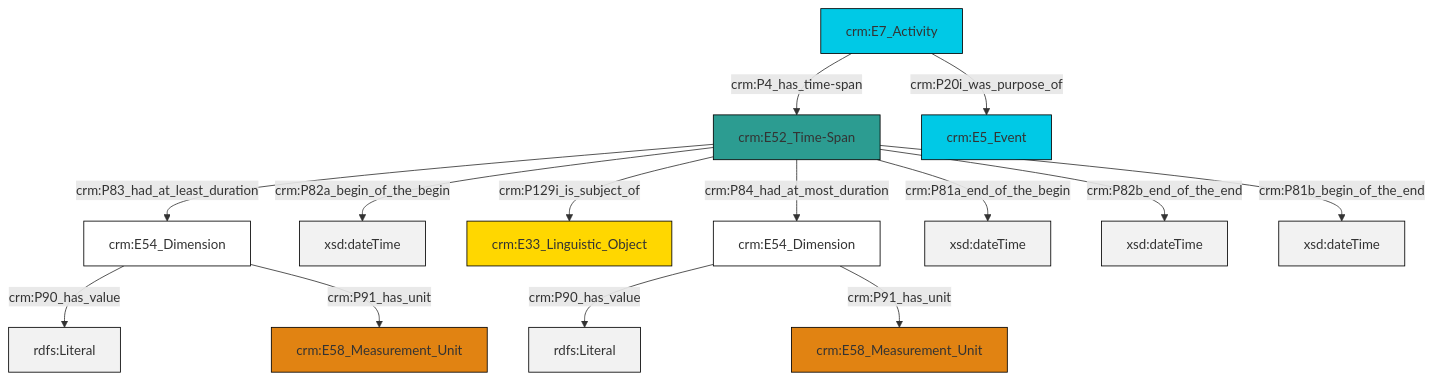
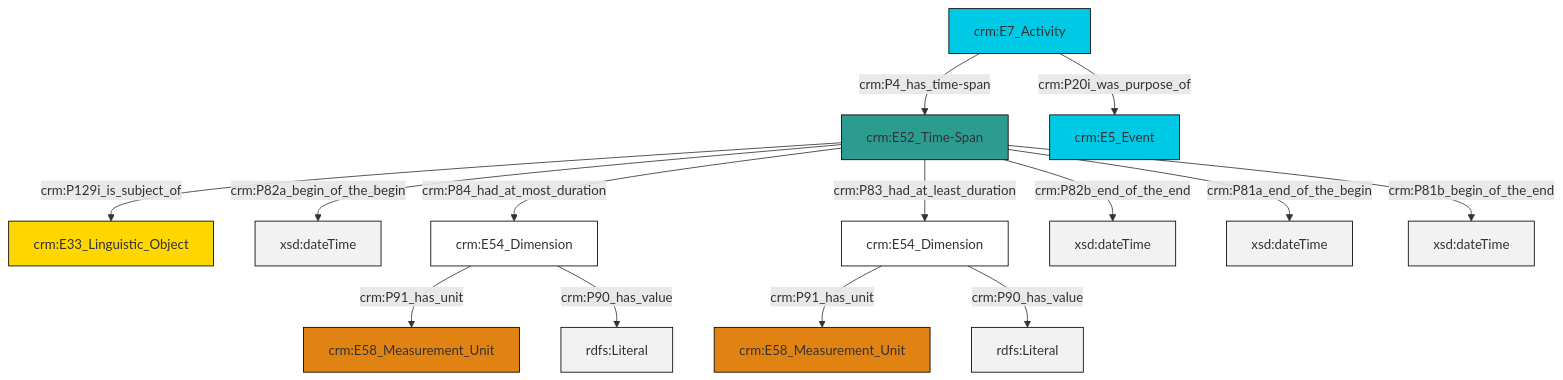
The diagram in et/eventCSV/ttl/mmd/event_existence.ttl.mmd (swiss-art-research-net/docs.swissartresearch), drawn with Mermaid before and after one commit. The commit also changed 179 other files, not shown here.

```diff
--- a/et/eventCSV/ttl/mmd/event_existence.ttl.mmd
+++ b/et/eventCSV/ttl/mmd/event_existence.ttl.mmd
@@ -1,28 +1,28 @@
 graph TD
 classDef Literal fill:#f2f2f2,stroke:#000000;
 classDef CRM_Entity fill:#FFFFFF,stroke:#000000;
 classDef Temporal_Entity fill:#00C9E6, stroke:#000000;
 classDef Type fill:#E18312, stroke:#000000;
 classDef Time-Span fill:#2C9C91, stroke:#000000;
 classDef Appellation fill:#FFEB7F, stroke:#000000;
 classDef Place fill:#008836, stroke:#000000;
 classDef Persistent_Item fill:#B266B2, stroke:#000000;
 classDef Conceptual_Object fill:#FFD700, stroke:#000000;
 classDef Physical_Thing fill:#D2B48C, stroke:#000000;
 classDef Actor fill:#f58aad, stroke:#000000;
 classDef PC_Classes fill:#4ce600, stroke:#000000;
 classDef Multi fill:#cccccc,stroke:#000000;
 
-0["crm:E54_Dimension"]:::CRM_Entity -->|crm:P90_has_value| 1[rdfs:Literal]:::Literal
 2["crm:E52_Time-Span"]:::Time-Span -->|crm:P82a_begin_of_the_begin| 3[xsd:dateTime]:::Literal
-2["crm:E52_Time-Span"]:::Time-Span -->|crm:P129i_is_subject_of| 4["crm:E33_Linguistic_Object"]:::Conceptual_Object
-2["crm:E52_Time-Span"]:::Time-Span -->|crm:P83_had_at_least_duration| 5["crm:E54_Dimension"]:::CRM_Entity
-5["crm:E54_Dimension"]:::CRM_Entity -->|crm:P90_has_value| 10[rdfs:Literal]:::Literal
-5["crm:E54_Dimension"]:::CRM_Entity -->|crm:P91_has_unit| 11["crm:E58_Measurement_Unit"]:::Type
-2["crm:E52_Time-Span"]:::Time-Span -->|crm:P81a_end_of_the_begin| 12[xsd:dateTime]:::Literal
-13["crm:E7_Activity"]:::Temporal_Entity -->|crm:P4_has_time-span| 2["crm:E52_Time-Span"]:::Time-Span
-2["crm:E52_Time-Span"]:::Time-Span -->|crm:P82b_end_of_the_end| 18[xsd:dateTime]:::Literal
-0["crm:E54_Dimension"]:::CRM_Entity -->|crm:P91_has_unit| 8["crm:E58_Measurement_Unit"]:::Type
-13["crm:E7_Activity"]:::Temporal_Entity -->|crm:P20i_was_purpose_of| 6["crm:E5_Event"]:::Temporal_Entity
-2["crm:E52_Time-Span"]:::Time-Span -->|crm:P84_had_at_most_duration| 0["crm:E54_Dimension"]:::CRM_Entity
-2["crm:E52_Time-Span"]:::Time-Span -->|crm:P81b_begin_of_the_end| 19[xsd:dateTime]:::Literal
+6["crm:E54_Dimension"]:::CRM_Entity -->|crm:P91_has_unit| 7["crm:E58_Measurement_Unit"]:::Type
+4["crm:E54_Dimension"]:::CRM_Entity -->|crm:P91_has_unit| 10["crm:E58_Measurement_Unit"]:::Type
+8["crm:E7_Activity"]:::Temporal_Entity -->|crm:P4_has_time-span| 2["crm:E52_Time-Span"]:::Time-Span
+2["crm:E52_Time-Span"]:::Time-Span -->|crm:P82b_end_of_the_end| 12[xsd:dateTime]:::Literal
+2["crm:E52_Time-Span"]:::Time-Span -->|crm:P81a_end_of_the_begin| 13[xsd:dateTime]:::Literal
+2["crm:E52_Time-Span"]:::Time-Span -->|crm:P81b_begin_of_the_end| 14[xsd:dateTime]:::Literal
+2["crm:E52_Time-Span"]:::Time-Span -->|crm:P84_had_at_most_duration| 4["crm:E54_Dimension"]:::CRM_Entity
+8["crm:E7_Activity"]:::Temporal_Entity -->|crm:P20i_was_purpose_of| 15["crm:E5_Event"]:::Temporal_Entity
+4["crm:E54_Dimension"]:::CRM_Entity -->|crm:P90_has_value| 18[rdfs:Literal]:::Literal
+2["crm:E52_Time-Span"]:::Time-Span -->|crm:P83_had_at_least_duration| 6["crm:E54_Dimension"]:::CRM_Entity
+6["crm:E54_Dimension"]:::CRM_Entity -->|crm:P90_has_value| 21[rdfs:Literal]:::Literal
+2["crm:E52_Time-Span"]:::Time-Span -->|crm:P129i_is_subject_of| 0["crm:E33_Linguistic_Object"]:::Conceptual_Object
```
